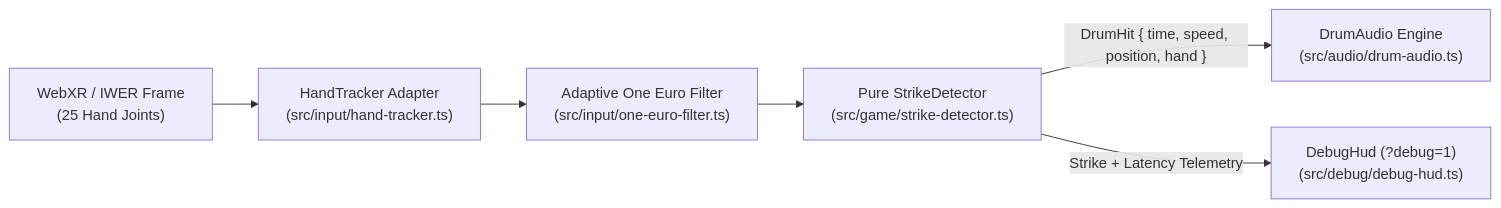
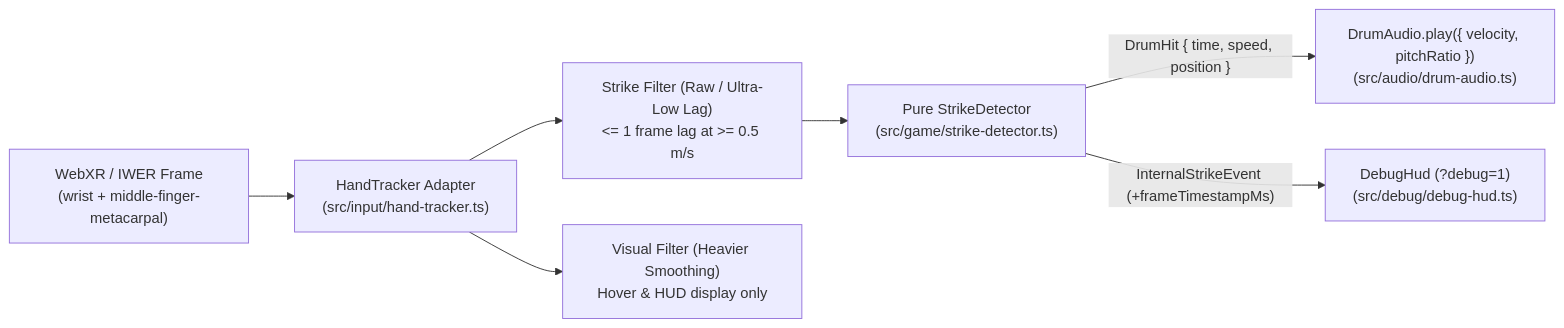
Before and after one commit to FredrickDaCosta/talking-drum-vr: the diagram in docs/PHASE1_PLAN.md, drawn with Mermaid. The commit also changed other lines of this file, not shown here.

````diff
--- a/docs/PHASE1_PLAN.md
+++ b/docs/PHASE1_PLAN.md
@@ -11,8 +14,9 @@
 ```mermaid
 flowchart LR
-  XR["WebXR / IWER Frame\n(25 Hand Joints)"] --> HT["HandTracker Adapter\n(src/input/hand-tracker.ts)"]
-  HT --> OEF["Adaptive One Euro Filter\n(src/input/one-euro-filter.ts)"]
-  OEF --> SD["Pure StrikeDetector\n(src/game/strike-detector.ts)"]
-  SD -- "DrumHit { time, speed, position, hand }" --> DA["DrumAudio Engine\n(src/audio/drum-audio.ts)"]
-  SD -- "Strike + Latency Telemetry" --> HUD["DebugHud (?debug=1)\n(src/debug/debug-hud.ts)"]
+  XR["WebXR / IWER Frame\n(wrist + middle-finger-metacarpal)"] --> HT["HandTracker Adapter\n(src/input/hand-tracker.ts)"]
+  HT --> SF["Strike Filter (Raw / Ultra-Low Lag)\n<= 1 frame lag at >= 0.5 m/s"]
+  HT --> VF["Visual Filter (Heavier Smoothing)\nHover & HUD display only"]
+  SF --> SD["Pure StrikeDetector\n(src/game/strike-detector.ts)"]
+  SD -- "DrumHit { time, speed, position }" --> DA["DrumAudio.play({ velocity, pitchRatio })\n(src/audio/drum-audio.ts)"]
+  SD -- "InternalStrikeEvent (+frameTimestampMs)" --> HUD["DebugHud (?debug=1)\n(src/debug/debug-hud.ts)"]
 ```
````
